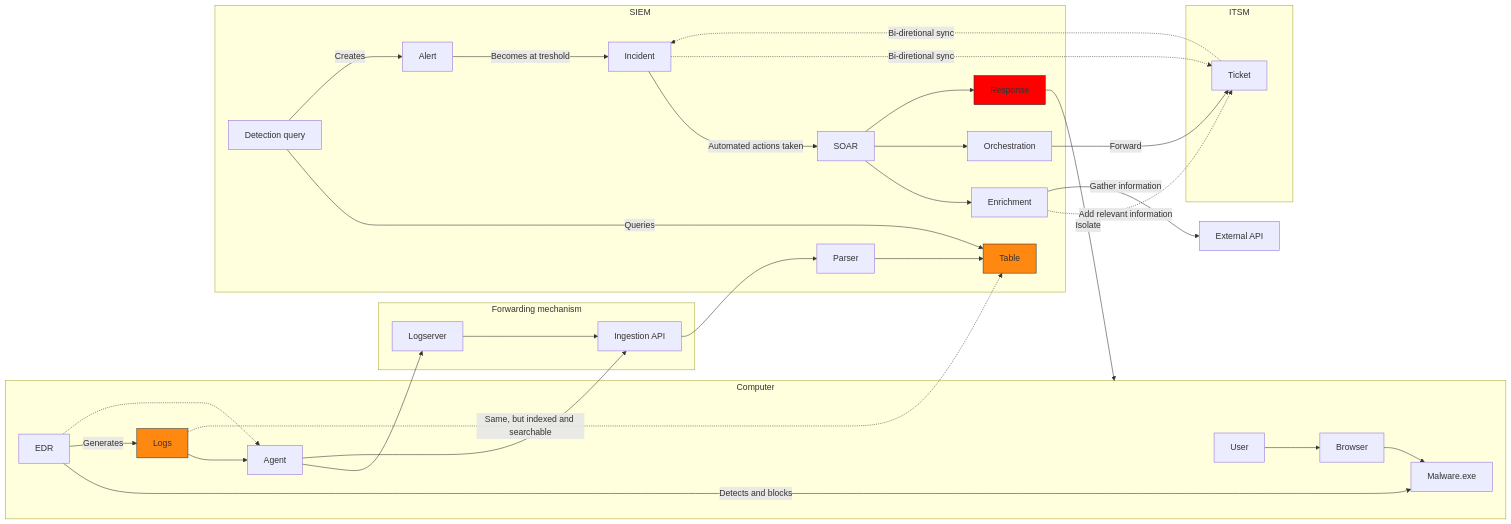
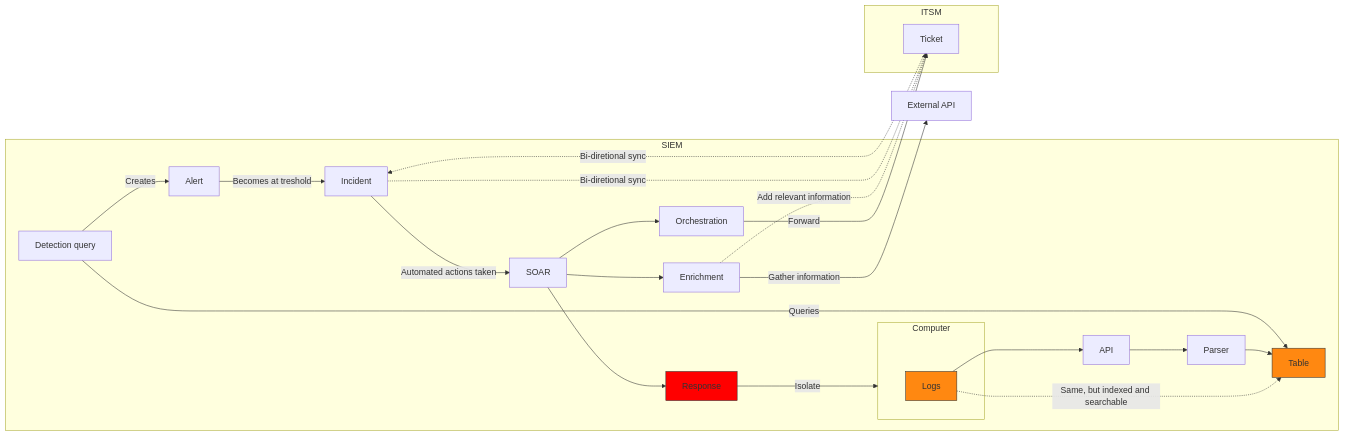
One commit to lnfernux/lnfernux.github.io changed the second of 3 diagrams in _posts/2024-02-03-AutomatingSecurityMonitoringP2.md. Above: the diagram before and after it, drawn with Mermaid. The commit also changed other lines of this file, not shown here.

````diff
--- a/_posts/2024-02-03-AutomatingSecurityMonitoringP2.md
+++ b/_posts/2024-02-03-AutomatingSecurityMonitoringP2.md
@@ -64,58 +86,41 @@
 ```mermaid
 graph LR
-U[User]
 EXAPI[External API]
-subgraph "Computer"
-B[Browser]
-M[Malware.exe]
-EDR[EDR]
-L[Logs]
-A[Agent]
-U --> B
-B --> M 
-EDR -->|Detects and blocks| M
-EDR --> |Generates| L
-L --> A 
-EDR -..-> A
-end
-subgraph "Forwarding mechanism"
-LS[Logserver]
-A --> LS 
-A --> API
-end
 subgraph "SIEM"
-API[Ingestion API]
 P[Parser]
 T[Table]
 D[Detection query]
 SOAR[SOAR]
 AL[Alert]
 I[Incident]
 En[Enrichment]
 Response[Response]
 Orchestration[Orchestration]
-LS --> API
+L --> API
 API --> P 
+subgraph Computer
+L[Logs]
+end
 L -....-> |Same, but indexed and searchable|T
 P --> T
 D --> |Queries| T 
-D --> |Creates| AL 
+D --> |Creates| AL
 AL --> |Becomes at treshold| I 
 I --> |Automated actions taken| SOAR
 SOAR --> En
 end
 subgraph "ITSM"
 TICK[Ticket]
 SOAR --> Orchestration
 Orchestration --> |Forward| TICK
 En -.-> |Add relevant information|TICK
 end
 En --> |Gather information|EXAPI
 SOAR --> Response 
 Response --> |Isolate|Computer
 TICK -...-> |Bi-diretional sync| I
 I -...-> |Bi-diretional sync| TICK
 style Response fill:#f00,stroke:#333;
 style L fill:#f81,stroke:#333;
 style T fill:#f81,stroke:#333;
 ```
````
